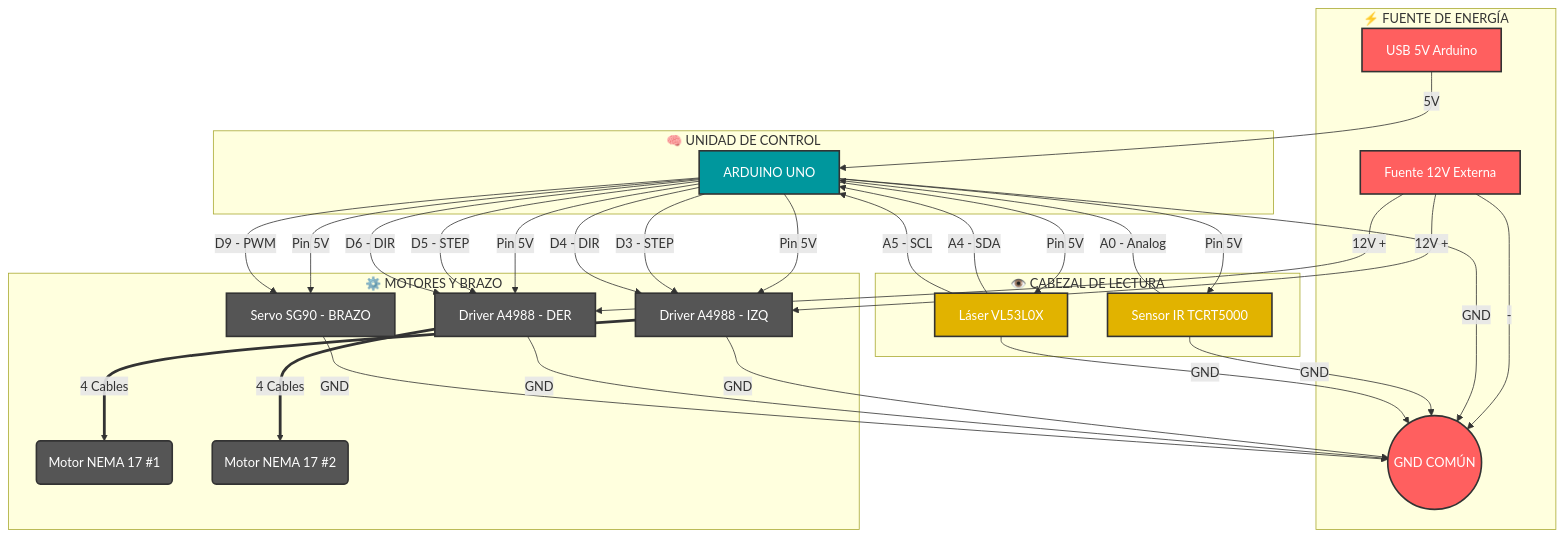
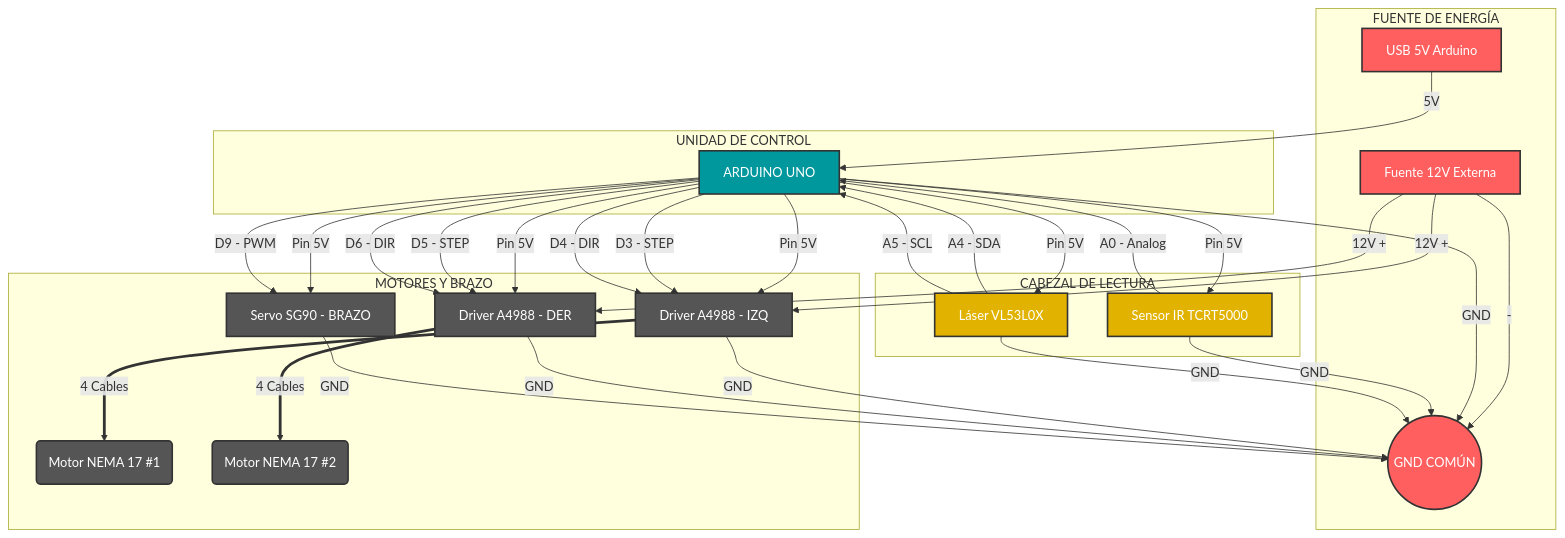
The diagram in HARDWARE.md (AndresGHR2015/MaquinaTuring), drawn with Mermaid before and after one commit. The commit also changed other lines of this file, not shown here.

Commit message:
Actualizar HARDWARE.md

````diff
--- a/HARDWARE.md
+++ b/HARDWARE.md
@@ -241,62 +244,62 @@
 ```mermaid
 graph TD
     classDef ard fill:#00979D,stroke:#333,stroke-width:2px,color:white;
     classDef pwr fill:#FF5F5F,stroke:#333,stroke-width:2px,color:white;
     classDef motor fill:#555,stroke:#333,stroke-width:2px,color:white;
     classDef sensor fill:#E1B300,stroke:#333,stroke-width:2px,color:white;
 
-    subgraph ALIMENTACION ["⚡ FUENTE DE ENERGÍA"]
+    subgraph ALIMENTACION ["FUENTE DE ENERGÍA"]
         V12[Fuente 12V Externa]:::pwr
         USB[USB 5V Arduino]:::pwr
         GND_COMUN((GND COMÚN)):::pwr
     end
 
-    subgraph CONTROLADOR ["🧠 UNIDAD DE CONTROL"]
+    subgraph CONTROLADOR ["UNIDAD DE CONTROL"]
         UNO[ARDUINO UNO]:::ard
     end
 
-    subgraph ACTUADORES ["⚙️ MOTORES Y BRAZO"]
+    subgraph ACTUADORES ["MOTORES Y BRAZO"]
         DRV1[Driver A4988 - IZQ]:::motor
         DRV2[Driver A4988 - DER]:::motor
         SERVO[Servo SG90 - BRAZO]:::motor
         NEMA1(Motor NEMA 17 #1):::motor
         NEMA2(Motor NEMA 17 #2):::motor
     end
 
-    subgraph SENSORES ["👁️ CABEZAL DE LECTURA"]
+    subgraph SENSORES ["CABEZAL DE LECTURA"]
         IR[Sensor IR TCRT5000]:::sensor
         LASER[Láser VL53L0X]:::sensor
     end
 
     V12 -->|12V +| DRV1
     V12 -->|12V +| DRV2
     USB -->|5V| UNO
     
     V12 -->|-| GND_COMUN
     UNO -->|GND| GND_COMUN
     DRV1 -->|GND| GND_COMUN
     DRV2 -->|GND| GND_COMUN
     SERVO -->|GND| GND_COMUN
     IR -->|GND| GND_COMUN
     LASER -->|GND| GND_COMUN
 
     UNO -->|Pin 5V| DRV1
     UNO -->|Pin 5V| DRV2
     UNO -->|Pin 5V| SERVO
     UNO -->|Pin 5V| IR
     UNO -->|Pin 5V| LASER
 
     UNO -->|D3 - STEP| DRV1
     UNO -->|D4 - DIR| DRV1
     UNO -->|D5 - STEP| DRV2
     UNO -->|D6 - DIR| DRV2
     
     UNO -->|D9 - PWM| SERVO
     
     IR -->|A0 - Analog| UNO
     LASER -->|A4 - SDA| UNO
     LASER -->|A5 - SCL| UNO
 
     DRV1 ==>|4 Cables| NEMA1
     DRV2 ==>|4 Cables| NEMA2
 ```
````
